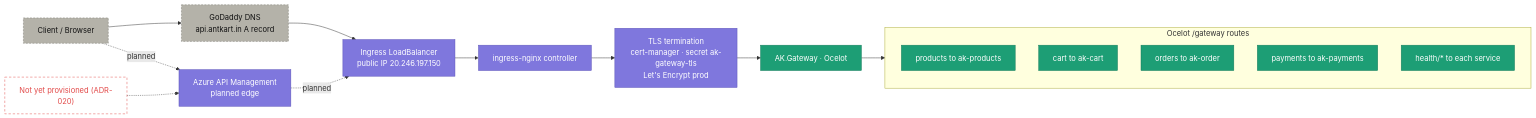
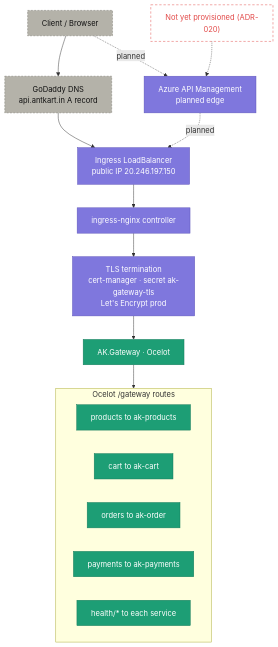
The diagram in docs/architecture/diagrams/07-network-traffic-path.md (seesathish/AntKart-Src3), drawn with Mermaid before and after one commit. The commit also changed 6 other files, not shown here.

First line of the commit message:
docs(architecture): lock vertical-layout rule and convert six diagrams to TD

````diff
--- a/docs/architecture/diagrams/07-network-traffic-path.md
+++ b/docs/architecture/diagrams/07-network-traffic-path.md
@@ -7,32 +7,33 @@
 ```mermaid
-flowchart LR
+flowchart TD
     User["Client / Browser"]:::external
     DNS["GoDaddy DNS<br/>api.antkart.in A record"]:::external
     IP["Ingress LoadBalancer<br/>public IP 20.246.197.150"]:::edge
     NGINX["ingress-nginx controller"]:::edge
     TLS["TLS termination<br/>cert-manager · secret ak-gateway-tls<br/>Let's Encrypt prod"]:::edge
     GW["AK.Gateway · Ocelot"]:::service
-    APIM["Azure API Management<br/>planned edge"]:::edge
-    GAP["Not yet provisioned (ADR-020)"]:::issue
 
     subgraph ROUTES["Ocelot /gateway routes"]
         P["products to ak-products"]:::service
         C["cart to ak-cart"]:::service
         O["orders to ak-order"]:::service
         PAY["payments to ak-payments"]:::service
         H["health/* to each service"]:::service
     end
+
+    APIM["Azure API Management<br/>planned edge"]:::edge
+    GAP["Not yet provisioned (ADR-020)"]:::issue
 
     User --> DNS --> IP --> NGINX --> TLS --> GW --> ROUTES
     User -. "planned" .-> APIM -. "planned" .-> IP
     GAP -.-> APIM
 
     classDef external fill:#B4B2A9,stroke:#7A7870,color:#111,stroke-dasharray:4 3;
     classDef service fill:#1D9E75,stroke:#14795A,color:#FFF;
     classDef paas fill:#0078D4,stroke:#005A9E,color:#FFF;
     classDef datastore fill:#185FA5,stroke:#0F3F6E,color:#FFF;
     classDef identity fill:#BA7517,stroke:#8A560F,color:#FFF;
     classDef edge fill:#7F77DD,stroke:#5B52B8,color:#FFF;
     classDef cicd fill:#639922,stroke:#496F18,color:#FFF;
     classDef issue fill:none,stroke:#E24B4A,color:#E24B4A,stroke-dasharray:5 4;
 ```
````
